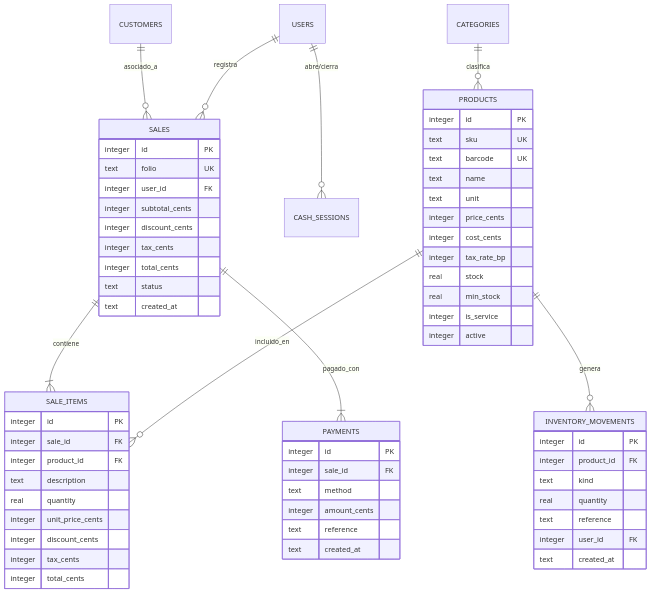
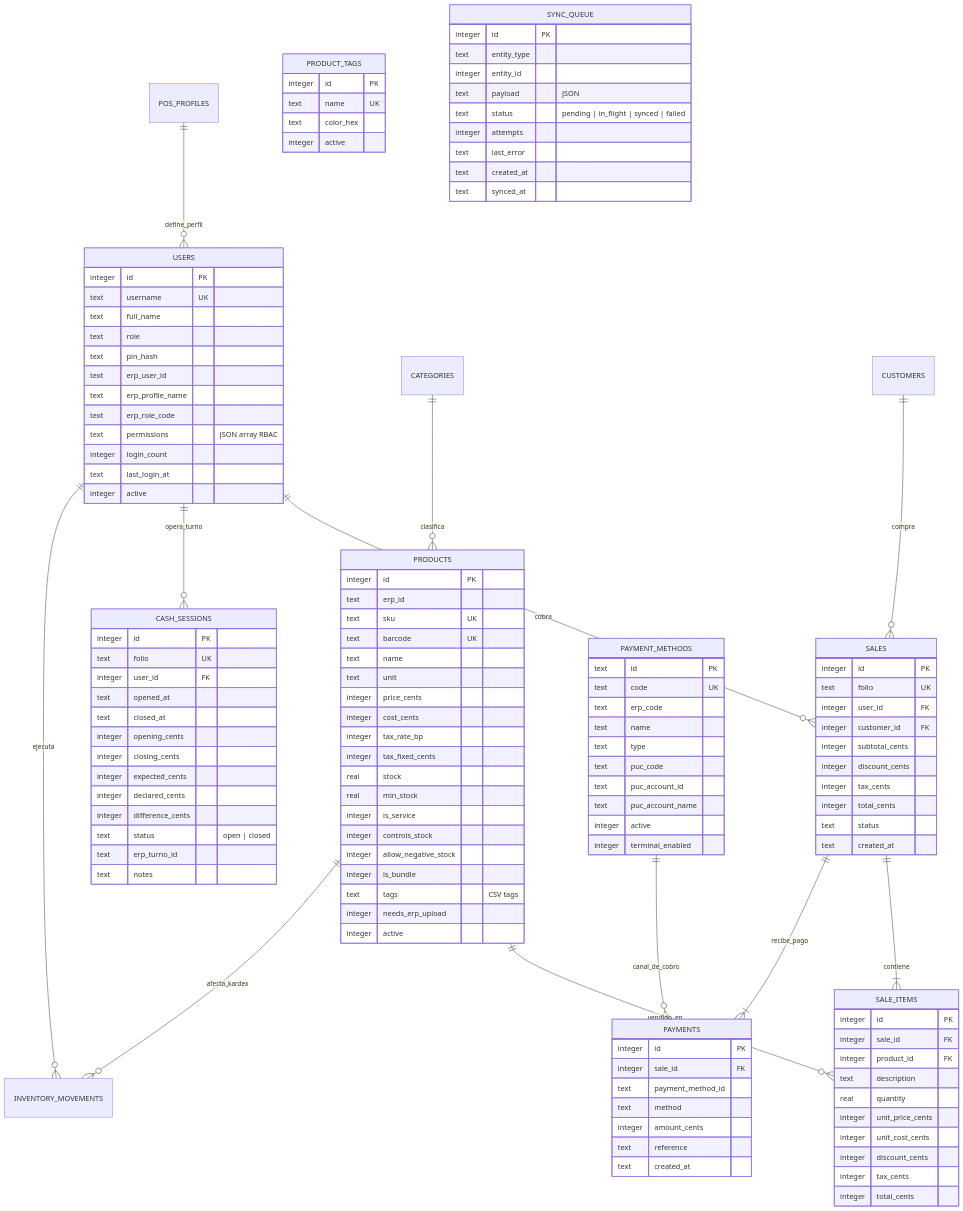
The first of 2 diagrams in docs/ARQUITECTURA_TECNICA.md (krouhub03/POS-Logiventas), drawn with Mermaid before and after one commit. The commit also changed other lines of this file and 3 other files, not shown here.

````diff
--- a/docs/ARQUITECTURA_TECNICA.md
+++ b/docs/ARQUITECTURA_TECNICA.md
@@ -86,16 +99,35 @@
 ```mermaid
 erDiagram
-    USERS ||--o{ SALES : "registra"
-    USERS ||--o{ CASH_SESSIONS : "abre/cierra"
+    POS_PROFILES ||--o{ USERS : "define_perfil"
+    USERS ||--o{ SALES : "cobra"
+    USERS ||--o{ CASH_SESSIONS : "opera_turno"
+    USERS ||--o{ INVENTORY_MOVEMENTS : "ejecuta"
     CATEGORIES ||--o{ PRODUCTS : "clasifica"
-    PRODUCTS ||--o{ SALE_ITEMS : "incluido_en"
-    PRODUCTS ||--o{ INVENTORY_MOVEMENTS : "genera"
+    PRODUCTS ||--o{ SALE_ITEMS : "vendido_en"
+    PRODUCTS ||--o{ INVENTORY_MOVEMENTS : "afecta_kardex"
+    CUSTOMERS ||--o{ SALES : "compra"
     SALES ||--|{ SALE_ITEMS : "contiene"
-    SALES ||--|{ PAYMENTS : "pagado_con"
-    CUSTOMERS ||--o{ SALES : "asociado_a"
+    SALES ||--|{ PAYMENTS : "recibe_pago"
+    PAYMENT_METHODS ||--o{ PAYMENTS : "canal_de_cobro"
+
+    USERS {
+        integer id PK
+        text username UK
+        text full_name
+        text role
+        text pin_hash
+        text erp_user_id
+        text erp_profile_name
+        text erp_role_code
+        text permissions "JSON array RBAC"
+        integer login_count
+        text last_login_at
+        integer active
+    }
 
     PRODUCTS {
         integer id PK
+        text erp_id
         text sku UK
         text barcode UK
         text name
@@ -103,16 +135,46 @@
         integer price_cents
         integer cost_cents
         integer tax_rate_bp
+        integer tax_fixed_cents
         real stock
         real min_stock
         integer is_service
+        integer controls_stock
+        integer allow_negative_stock
+        integer is_bundle
+        text tags "CSV tags"
+        integer needs_erp_upload
         integer active
+    }
+
+    PRODUCT_TAGS {
+        integer id PK
+        text name UK
+        text color_hex
+        integer active
+    }
+
+    CASH_SESSIONS {
+        integer id PK
+        text folio UK
+        integer user_id FK
+        text opened_at
+        text closed_at
+        integer opening_cents
+        integer closing_cents
+        integer expected_cents
+        integer declared_cents
+        integer difference_cents
+        text status "open | closed"
+        text erp_turno_id
+        text notes
     }
 
     SALES {
         integer id PK
         text folio UK
         integer user_id FK
+        integer customer_id FK
         integer subtotal_cents
         integer discount_cents
         integer tax_cents
@@ -128,6 +190,7 @@
         text description
         real quantity
         integer unit_price_cents
+        integer unit_cost_cents
         integer discount_cents
         integer tax_cents
         integer total_cents
@@ -136,19 +199,35 @@
     PAYMENTS {
         integer id PK
         integer sale_id FK
+        text payment_method_id
         text method
         integer amount_cents
         text reference
         text created_at
     }
 
-    INVENTORY_MOVEMENTS {
+    PAYMENT_METHODS {
+        text id PK
+        text code UK
+        text erp_code
+        text name
+        text type
+        text puc_code
+        text puc_account_id
+        text puc_account_name
+        integer active
+        integer terminal_enabled
+    }
+
+    SYNC_QUEUE {
         integer id PK
-        integer product_id FK
-        text kind
-        real quantity
-        text reference
-        integer user_id FK
+        text entity_type
+        integer entity_id
+        text payload "JSON"
+        text status "pending | in_flight | synced | failed"
+        integer attempts
+        text last_error
         text created_at
+        text synced_at
     }
 ```
````
